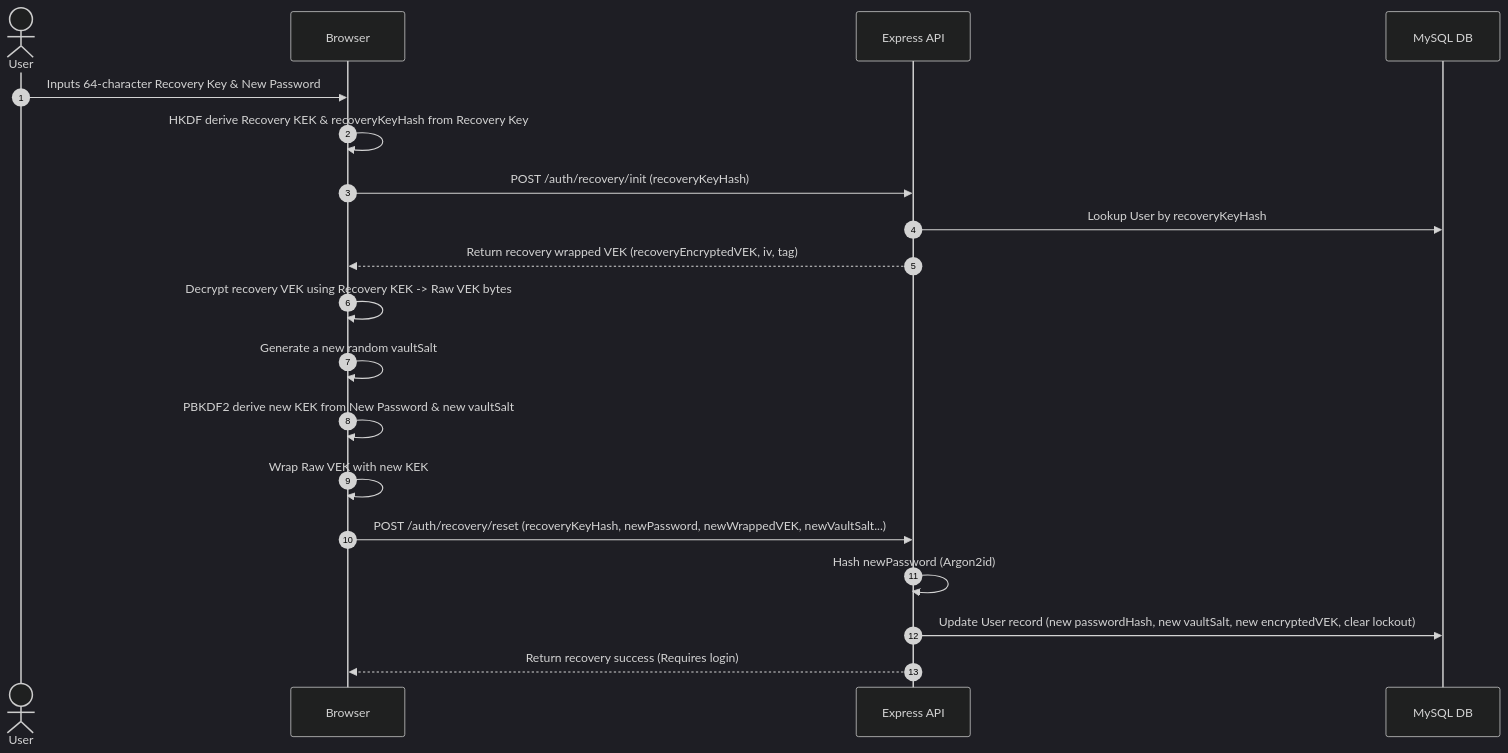
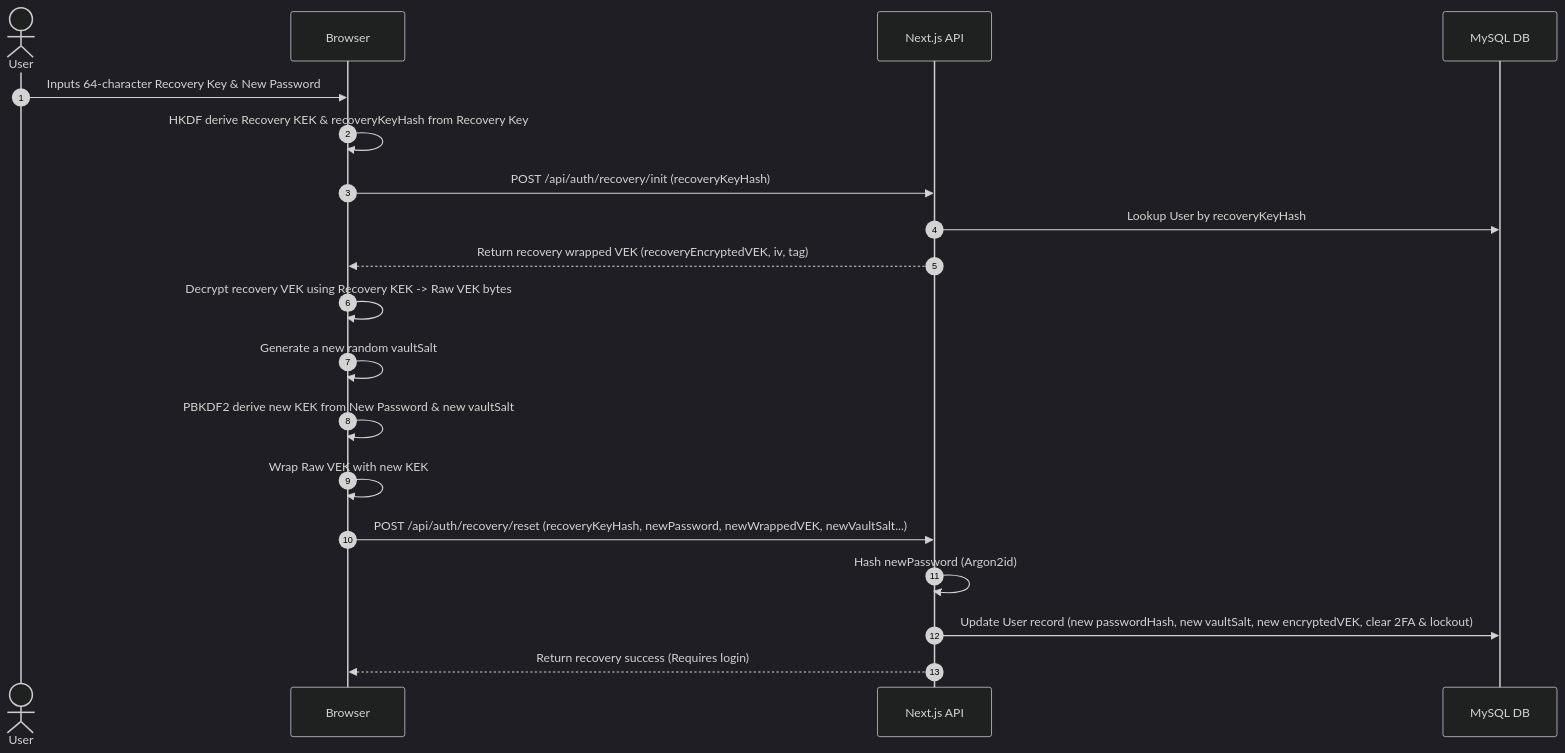
Before and after one commit to Ad1tya244/ZK-Password-Manager: the fourth of 4 diagrams in ZK password manager.md, drawn with Mermaid (dark theme). The commit also changed other lines of this file, not shown here.

````diff
--- a/ZK password manager.md
+++ b/ZK password manager.md
@@ -217,22 +216,22 @@
 ```mermaid
 sequenceDiagram
     autonumber
     actor User
     participant Browser
-    participant API as Express API
+    participant API as Next.js API
     participant DB as MySQL DB
 
     User->>Browser: Inputs 64-character Recovery Key & New Password
     Browser->>Browser: HKDF derive Recovery KEK & recoveryKeyHash from Recovery Key
-    Browser->>API: POST /auth/recovery/init (recoveryKeyHash)
+    Browser->>API: POST /api/auth/recovery/init (recoveryKeyHash)
     API->>DB: Lookup User by recoveryKeyHash
     API-->>Browser: Return recovery wrapped VEK (recoveryEncryptedVEK, iv, tag)
     Browser->>Browser: Decrypt recovery VEK using Recovery KEK -> Raw VEK bytes
     Browser->>Browser: Generate a new random vaultSalt
     Browser->>Browser: PBKDF2 derive new KEK from New Password & new vaultSalt
     Browser->>Browser: Wrap Raw VEK with new KEK
-    Browser->>API: POST /auth/recovery/reset (recoveryKeyHash, newPassword, newWrappedVEK, newVaultSalt...)
+    Browser->>API: POST /api/auth/recovery/reset (recoveryKeyHash, newPassword, newWrappedVEK, newVaultSalt...)
     API->>API: Hash newPassword (Argon2id)
-    API->>DB: Update User record (new passwordHash, new vaultSalt, new encryptedVEK, clear lockout)
+    API->>DB: Update User record (new passwordHash, new vaultSalt, new encryptedVEK, clear 2FA & lockout)
     API-->>Browser: Return recovery success (Requires login)
 ```
````
